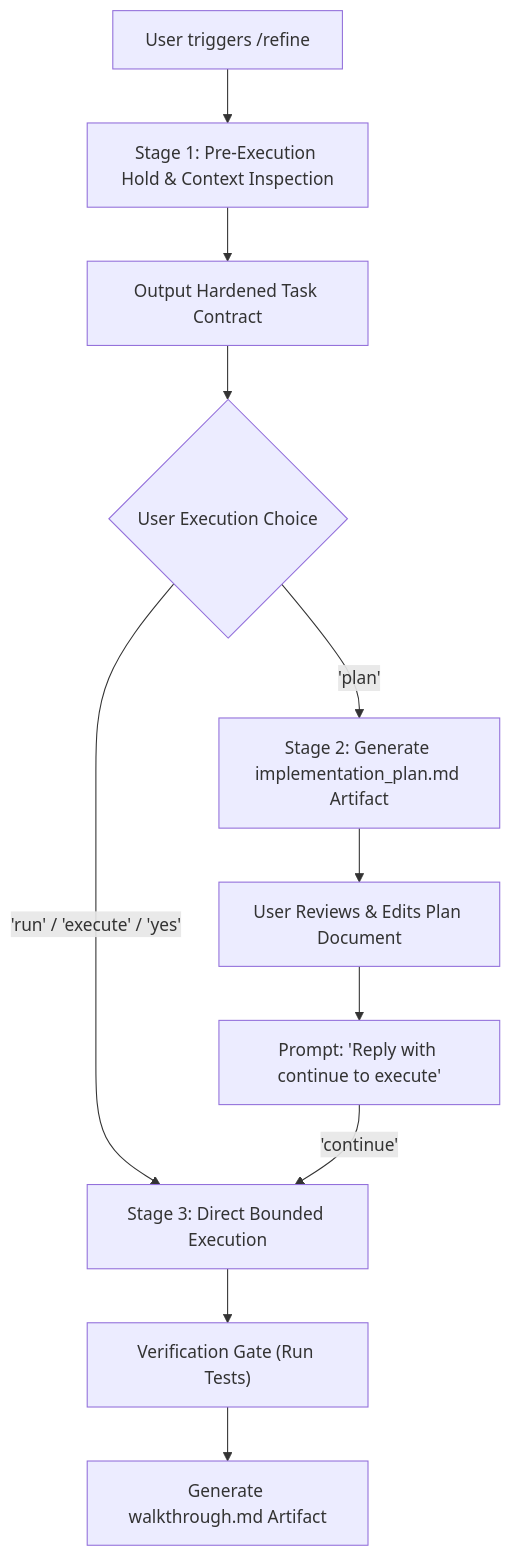
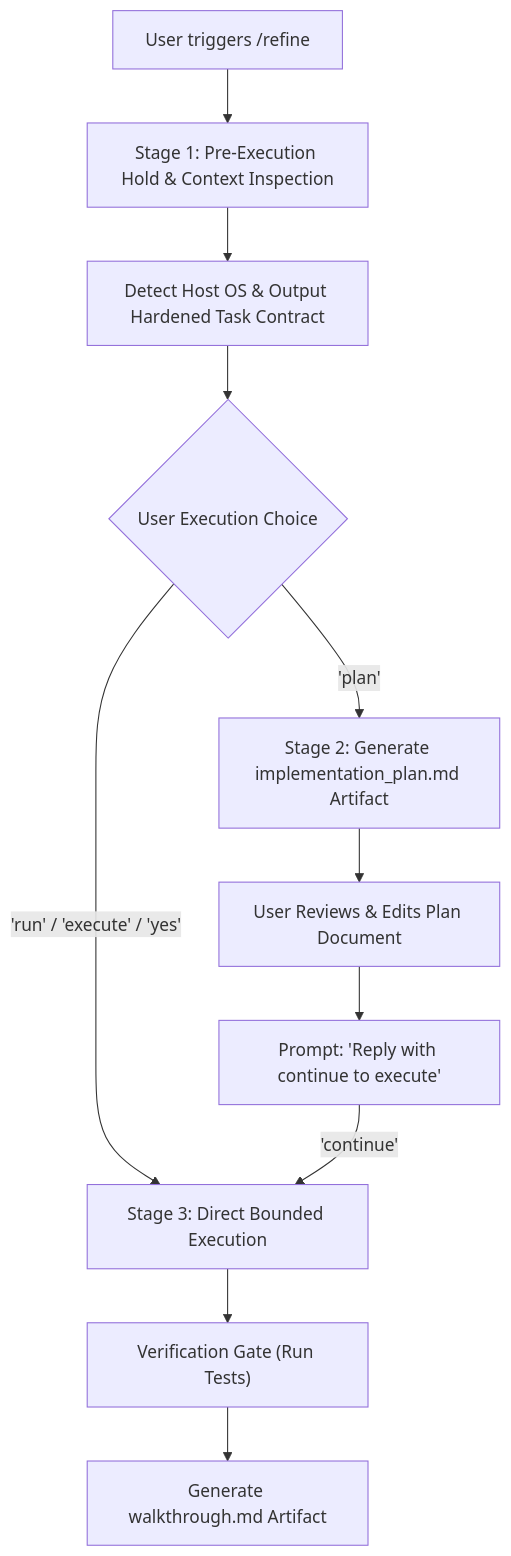
One commit to cluelessbaj/antigravity-refine changed the diagram in README.md. Above: the diagram before and after it, drawn with Mermaid. The commit also changed other lines of this file and 6 other files, not shown here.

````diff
--- a/README.md
+++ b/README.md
@@ -28,13 +29,13 @@
 ```mermaid
 flowchart TD
     A["User triggers /refine <prompt>"] --> B["Stage 1: Pre-Execution Hold & Context Inspection"]
-    B --> C["Output Hardened Task Contract"]
+    B --> C["Detect Host OS & Output Hardened Task Contract"]
     C --> D{"User Execution Choice"}
     D -->|"'run' / 'execute' / 'yes'"| E["Stage 3: Direct Bounded Execution"]
     D -->|"'plan'"| F["Stage 2: Generate implementation_plan.md Artifact"]
     F --> G["User Reviews & Edits Plan Document"]
     G --> H["Prompt: 'Reply with continue to execute'"]
     H -->|"'continue'"| E
     E --> I["Verification Gate (Run Tests)"]
     I --> J["Generate walkthrough.md Artifact"]
 ```
````
